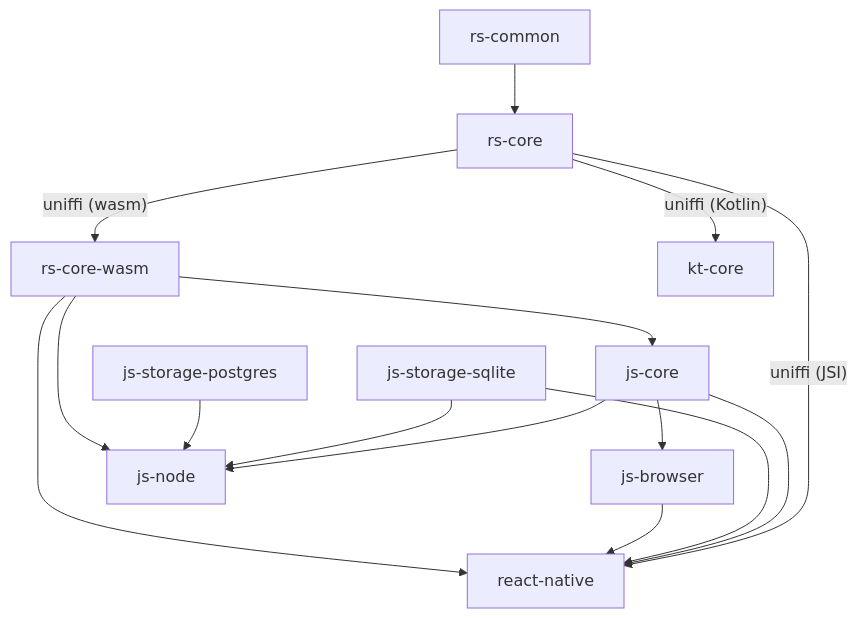
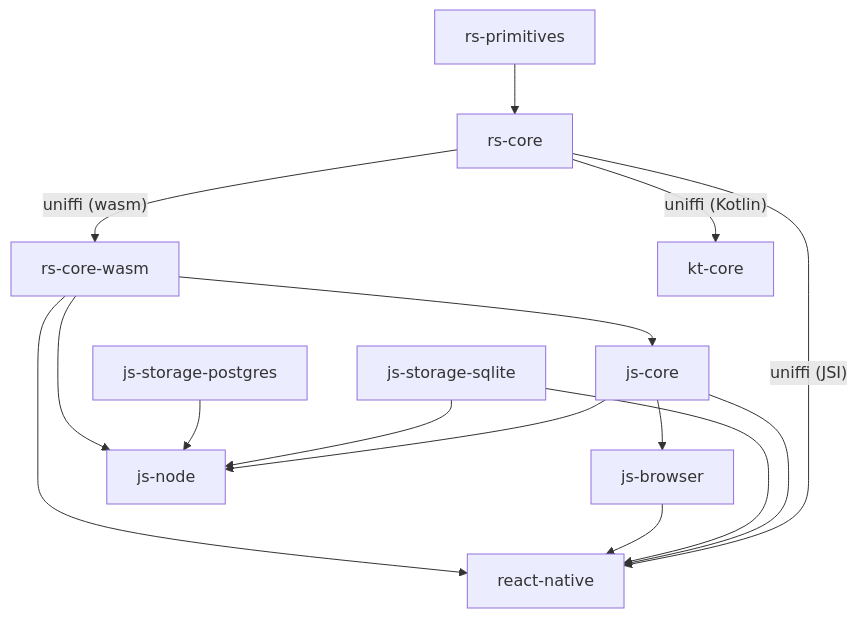
One commit to futo-org/Harbor changed the diagram in docs/content/developer/project-structure.md. Above: the diagram before and after it, drawn with Mermaid. The commit also changed other lines of this file and 210 other files, not shown here.

Commit message:
Rename rs-common to rs-primitives to distinguish its function from rs-core better

````diff
--- a/docs/content/developer/project-structure.md
+++ b/docs/content/developer/project-structure.md
@@ -42,17 +42,17 @@
 ```mermaid
 flowchart TD
-  common[rs-common] --> core[rs-core]
+  primitives[rs-primitives] --> core[rs-core]
   core -- "uniffi (wasm)" --> wasm[rs-core-wasm]
   core -- "uniffi (JSI)" --> rn[react-native]
   core -- "uniffi (Kotlin)" --> kt[kt-core]
   wasm --> jscore[js-core]
   jscore --> browser[js-browser]
   jscore --> node[js-node]
   jscore --> rn
   sqlite[js-storage-sqlite] --> node
   sqlite --> rn
   pg[js-storage-postgres] --> node
   browser --> rn
   wasm --> node
   wasm --> rn
 ```
````
